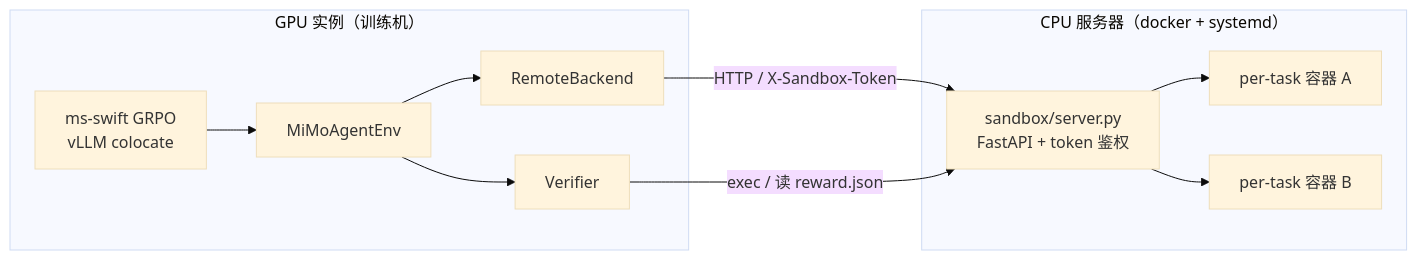
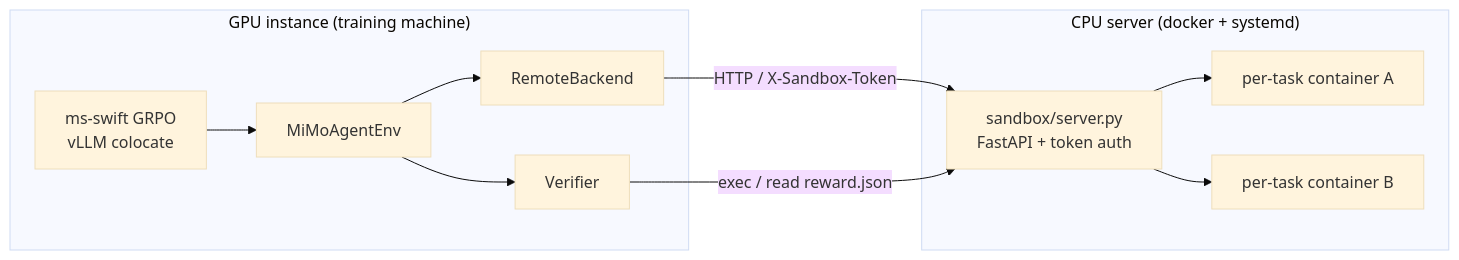
One commit to jerry1993-tech/mimo-agent-grpo-swift changed the third of 3 diagrams in README.md. Above: the diagram before and after it, drawn with Mermaid (base theme). The commit also changed other lines of this file and 1 other file, not shown here.

````diff
--- a/README.md
+++ b/README.md
@@ -324,17 +321,17 @@
 ```mermaid
 flowchart LR
-    subgraph GPU["GPU 实例（训练机）"]
+    subgraph GPU["GPU instance (training machine)"]
         T["ms-swift GRPO<br/>vLLM colocate"] --> E["MiMoAgentEnv"]
         E --> RB["RemoteBackend"]
         E --> V["Verifier"]
     end
-    subgraph SRV["CPU 服务器（docker + systemd）"]
-        API["sandbox/server.py<br/>FastAPI + token 鉴权"]
-        C1["per-task 容器 A"]
-        C2["per-task 容器 B"]
+    subgraph SRV["CPU server (docker + systemd)"]
+        API["sandbox/server.py<br/>FastAPI + token auth"]
+        C1["per-task container A"]
+        C2["per-task container B"]
         API --> C1
         API --> C2
     end
     RB -->|"HTTP / X-Sandbox-Token"| API
-    V -->|"exec / 读 reward.json"| API
+    V -->|"exec / read reward.json"| API
 ```
````
